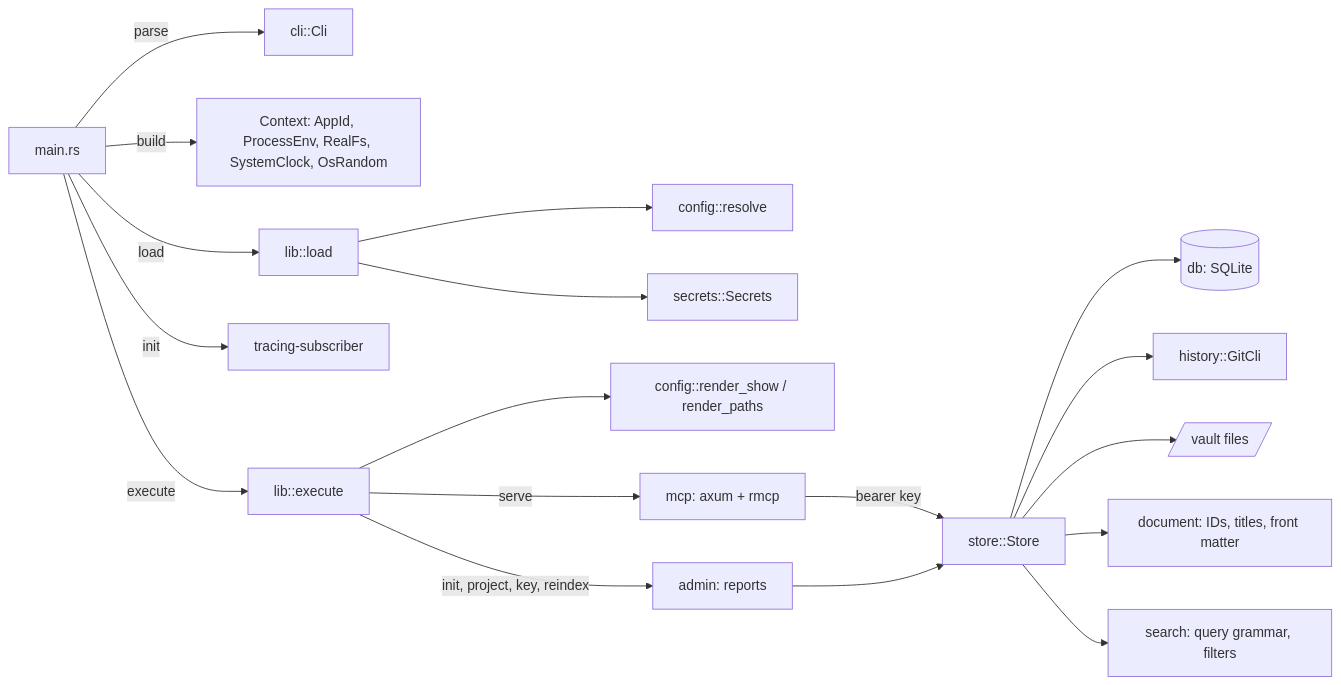
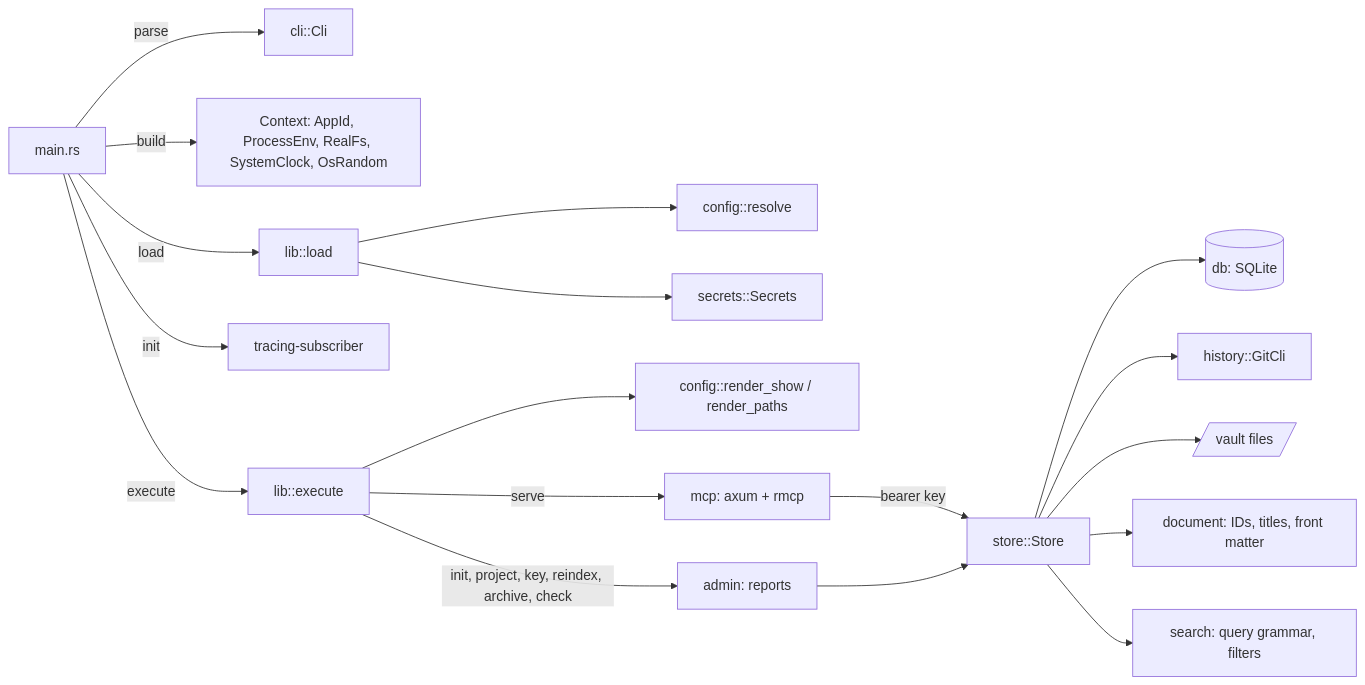
Before and after one commit to joelee/joedocs-mcp: the first of 2 diagrams in docs/architecture.md, drawn with Mermaid. The commit also changed other lines of this file and 29 other files, not shown here.

````diff
--- a/docs/architecture.md
+++ b/docs/architecture.md
@@ -7,20 +7,20 @@
 ```mermaid
 flowchart LR
     main[main.rs] -->|parse| cli[cli::Cli]
     main -->|build| ctx[Context: AppId, ProcessEnv, RealFs, SystemClock, OsRandom]
     main -->|load| load[lib::load]
     load --> resolve[config::resolve]
     load --> secrets[secrets::Secrets]
     main -->|init| tracing[tracing-subscriber]
     main -->|execute| exec[lib::execute]
     exec --> show[config::render_show / render_paths]
     exec -->|serve| mcp[mcp: axum + rmcp]
     mcp -->|bearer key| store
-    exec -->|init, project, key, reindex| admin[admin: reports]
+    exec -->|init, project, key, reindex, archive, check| admin[admin: reports]
     admin --> store[store::Store]
     store --> db[(db: SQLite)]
     store --> history[history::GitCli]
     store --> vault[/vault files/]
     store --> document[document: IDs, titles, front matter]
     store --> search[search: query grammar, filters]
 ```
````
